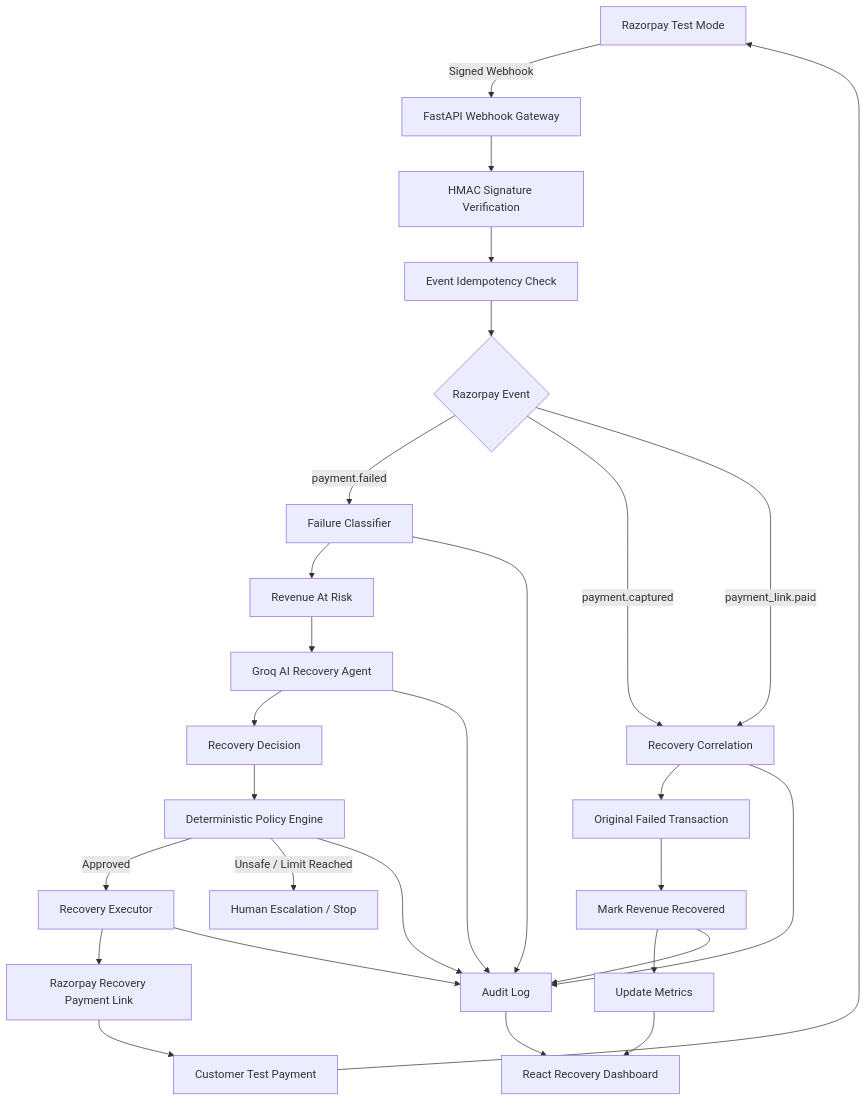
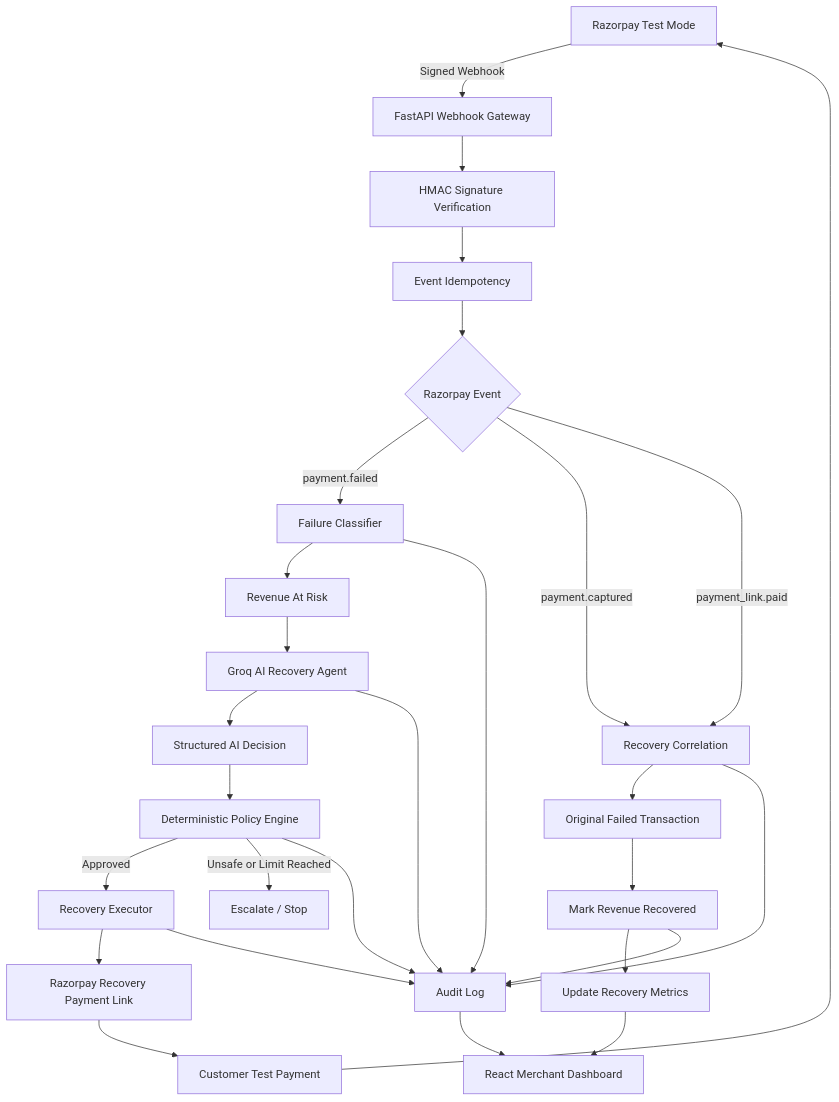
The first of 3 diagrams in README.md (Rahul-pr-0503/RecoverPay-AI), drawn with Mermaid before and after one commit. The commit also changed other lines of this file, not shown here.

````diff
--- a/README.md
+++ b/README.md
@@ -174,46 +282,57 @@
 ```mermaid
 flowchart TD
 
     A[Razorpay Test Mode] -->|Signed Webhook| B[FastAPI Webhook Gateway]
 
     B --> C[HMAC Signature Verification]
-    C --> D[Event Idempotency Check]
+
+    C --> D[Event Idempotency]
 
     D --> E{Razorpay Event}
 
     E -->|payment.failed| F[Failure Classifier]
+
     E -->|payment.captured| M[Recovery Correlation]
+
     E -->|payment_link.paid| M
 
     F --> G[Revenue At Risk]
+
     G --> H[Groq AI Recovery Agent]
 
-    H --> I[Recovery Decision]
+    H --> I[Structured AI Decision]
 
     I --> J[Deterministic Policy Engine]
 
     J -->|Approved| K[Recovery Executor]
-    J -->|Unsafe / Limit Reached| L[Human Escalation / Stop]
+
+    J -->|Unsafe or Limit Reached| L[Escalate / Stop]
 
     K --> N[Razorpay Recovery Payment Link]
 
     N --> O[Customer Test Payment]
 
     O --> A
 
     M --> P[Original Failed Transaction]
 
     P --> Q[Mark Revenue Recovered]
 
-    Q --> R[Update Metrics]
+    Q --> R[Update Recovery Metrics]
 
     F --> S[Audit Log]
+
     H --> S
+
     J --> S
+
     K --> S
+
     M --> S
+
     Q --> S
 
-    S --> T[React Recovery Dashboard]
+    S --> T[React Merchant Dashboard]
+
     R --> T
 ```
````
